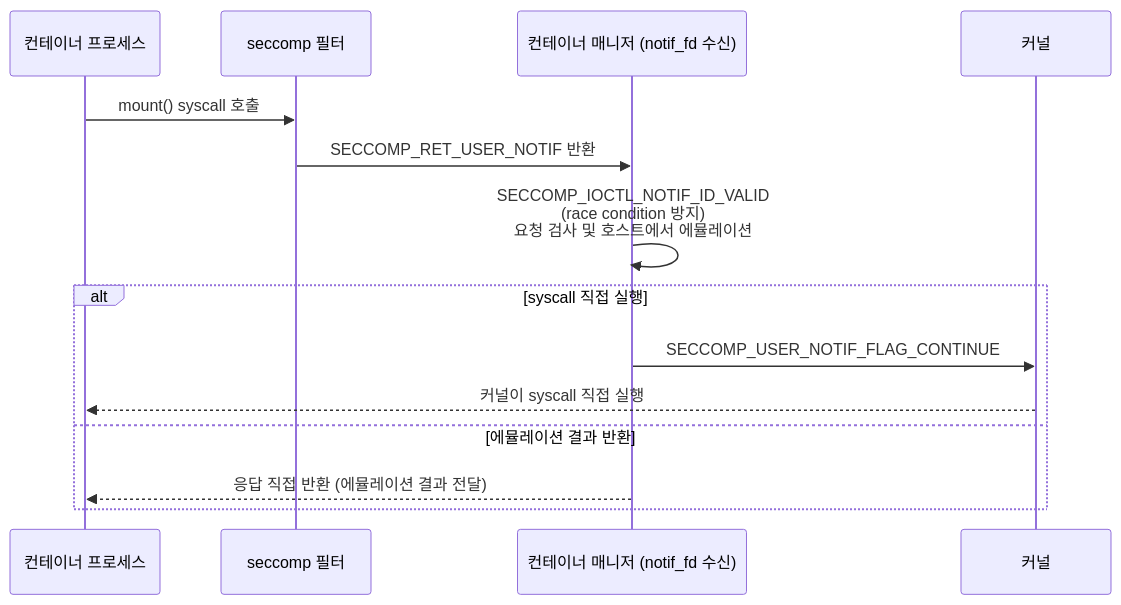
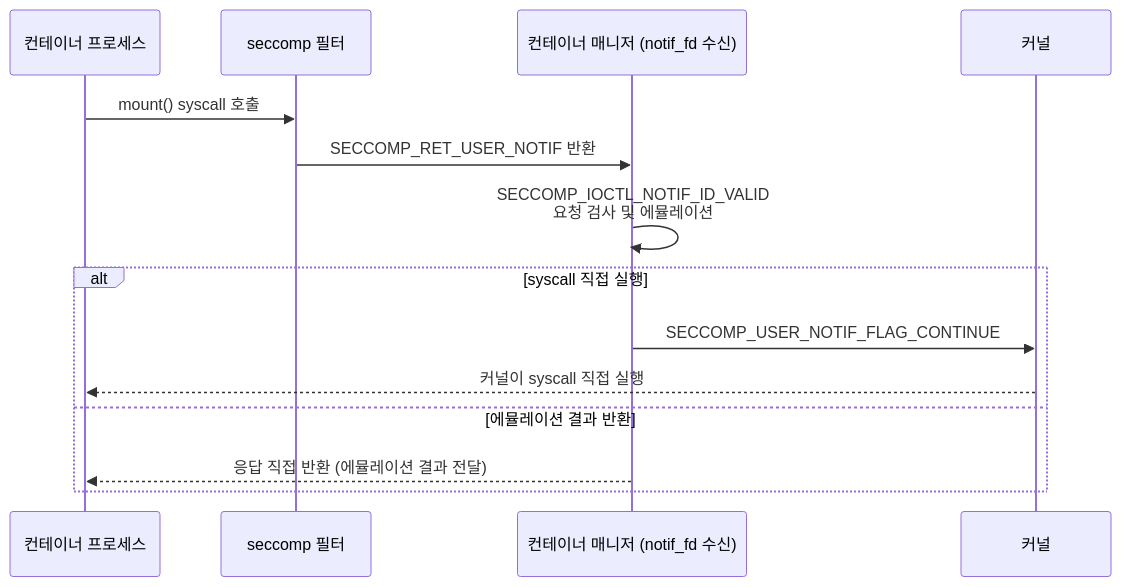
One commit to moonblueblue/devops-wiki changed the second of 2 diagrams in content/linux/linux-security/seccomp.md. Above: the diagram before and after it, drawn with Mermaid. The commit also changed 4 other files, not shown here.

First line of the commit message:
style: linux-security 섹션 Mermaid 노드 라벨 규칙 적용

````diff
--- a/content/linux/linux-security/seccomp.md
+++ b/content/linux/linux-security/seccomp.md
@@ -327,17 +327,17 @@
 ```mermaid
 sequenceDiagram
     participant CP as 컨테이너 프로세스
     participant SF as seccomp 필터
     participant CM as 컨테이너 매니저 (notif_fd 수신)
     participant K as 커널
 
     CP->>SF: mount() syscall 호출
     SF->>CM: SECCOMP_RET_USER_NOTIF 반환
-    CM->>CM: SECCOMP_IOCTL_NOTIF_ID_VALID<br/>(race condition 방지)<br/>요청 검사 및 호스트에서 에뮬레이션
+    CM->>CM: SECCOMP_IOCTL_NOTIF_ID_VALID<br/>요청 검사 및 에뮬레이션
     alt syscall 직접 실행
         CM->>K: SECCOMP_USER_NOTIF_FLAG_CONTINUE
         K-->>CP: 커널이 syscall 직접 실행
     else 에뮬레이션 결과 반환
         CM-->>CP: 응답 직접 반환 (에뮬레이션 결과 전달)
     end
 ```
````
